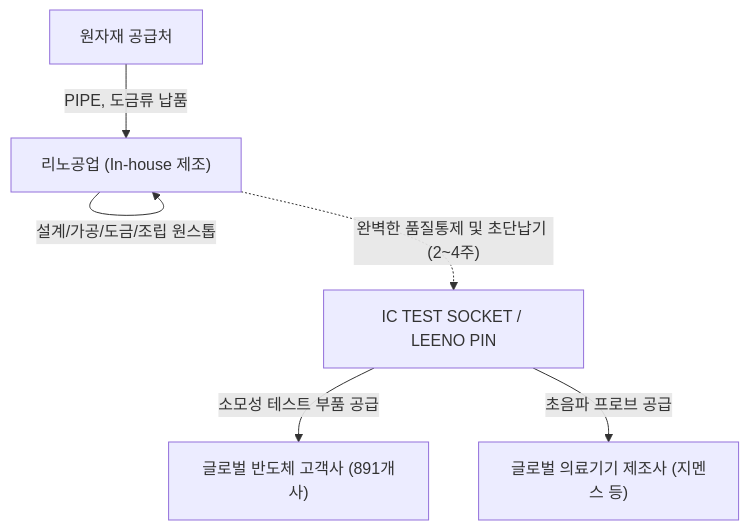
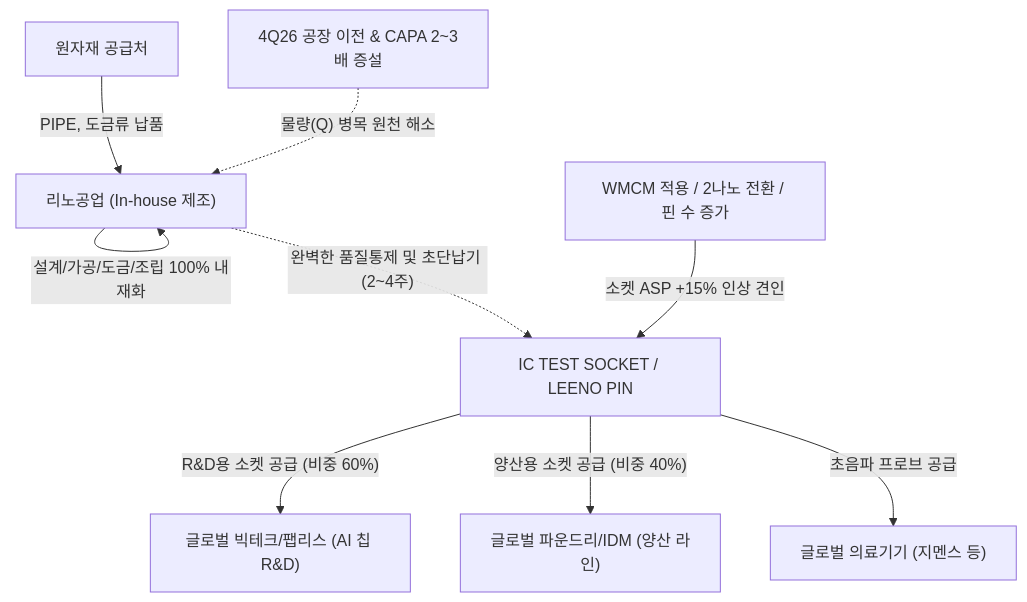
Before and after one commit to eve830521-cmd/my-skill: the diagram in Stock_Research/리노공업/3_Final_Reports/Phase1_Report.md, drawn with Mermaid. The commit also changed other lines of this file and 127 other files, not shown here.

````diff
--- a/Stock_Research/리노공업/3_Final_Reports/Phase1_Report.md
+++ b/Stock_Research/리노공업/3_Final_Reports/Phase1_Report.md
@@ -13,8 +23,11 @@
 ```mermaid
 graph TD
     A["원자재 공급처"] -->|"PIPE, 도금류 납품"| B["리노공업 (In-house 제조)"]
-    B -->|"설계/가공/도금/조립 원스톱"| B
+    B -->|"설계/가공/도금/조립 100% 내재화"| B
     B -. "완벽한 품질통제 및 초단납기 (2~4주)" .-> C["IC TEST SOCKET / LEENO PIN"]
-    C -->|"소모성 테스트 부품 공급"| D["글로벌 반도체 고객사 (891개사)"]
-    C -->|"초음파 프로브 공급"| E["글로벌 의료기기 제조사 (지멘스 등)"]
+    C -->|"R&D용 소켓 공급 (비중 60%)"| D["글로벌 빅테크/팹리스 (AI 칩 R&D)"]
+    C -->|"양산용 소켓 공급 (비중 40%)"| E["글로벌 파운드리/IDM (양산 라인)"]
+    C -->|"초음파 프로브 공급"| F["글로벌 의료기기 (지멘스 등)"]
+    G["WMCM 적용 / 2나노 전환 / 핀 수 증가"] -->|"소켓 ASP +15% 인상 견인"| C
+    H["4Q26 공장 이전 & CAPA 2~3배 증설"] -. "물량(Q) 병목 원천 해소" .-> B
 ```
````
